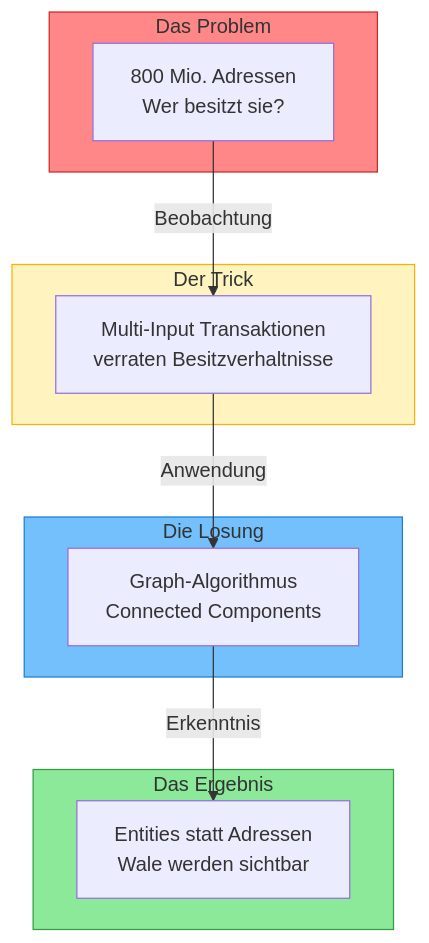
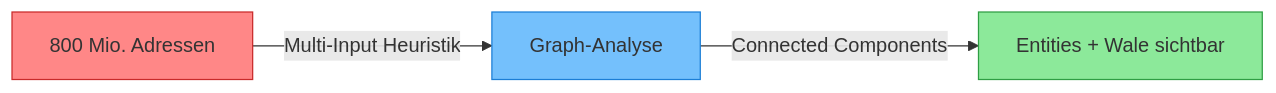
Before and after one commit to RomanRnlt/bitcoin-whale-intelligence: the sixth of 6 diagrams in docs/SIMPLE_EXPLANATION.md, drawn with Mermaid. The commit also changed other lines of this file and 4 other files, not shown here.

````diff
--- a/docs/SIMPLE_EXPLANATION.md
+++ b/docs/SIMPLE_EXPLANATION.md
@@ -459,27 +207,9 @@
 ```mermaid
-flowchart TB
-    subgraph problem["Das Problem"]
-        P["800 Mio. Adressen<br/>Wer besitzt sie?"]
-    end
+flowchart LR
+    P["800 Mio. Adressen"] -->|"Multi-Input Heuristik"| T["Graph-Analyse"]
+    T -->|"Connected Components"| R["Entities + Wale sichtbar"]
 
-    subgraph trick["Der Trick"]
-        T["Multi-Input Transaktionen<br/>verraten Besitzverhaltnisse"]
-    end
-
-    subgraph solution["Die Losung"]
-        S["Graph-Algorithmus<br/>Connected Components"]
-    end
-
-    subgraph result["Das Ergebnis"]
-        R["Entities statt Adressen<br/>Wale werden sichtbar"]
-    end
-
-    P -->|"Beobachtung"| T
-    T -->|"Anwendung"| S
-    S -->|"Erkenntnis"| R
-
-    style problem fill:#ff8787,stroke:#c92a2a
-    style trick fill:#fff3bf,stroke:#fab005
-    style solution fill:#74c0fc,stroke:#1c7ed6
-    style result fill:#8ce99a,stroke:#2f9e44
+    style P fill:#ff8787,stroke:#c92a2a
+    style T fill:#74c0fc,stroke:#1c7ed6
+    style R fill:#8ce99a,stroke:#2f9e44
 ```
````
